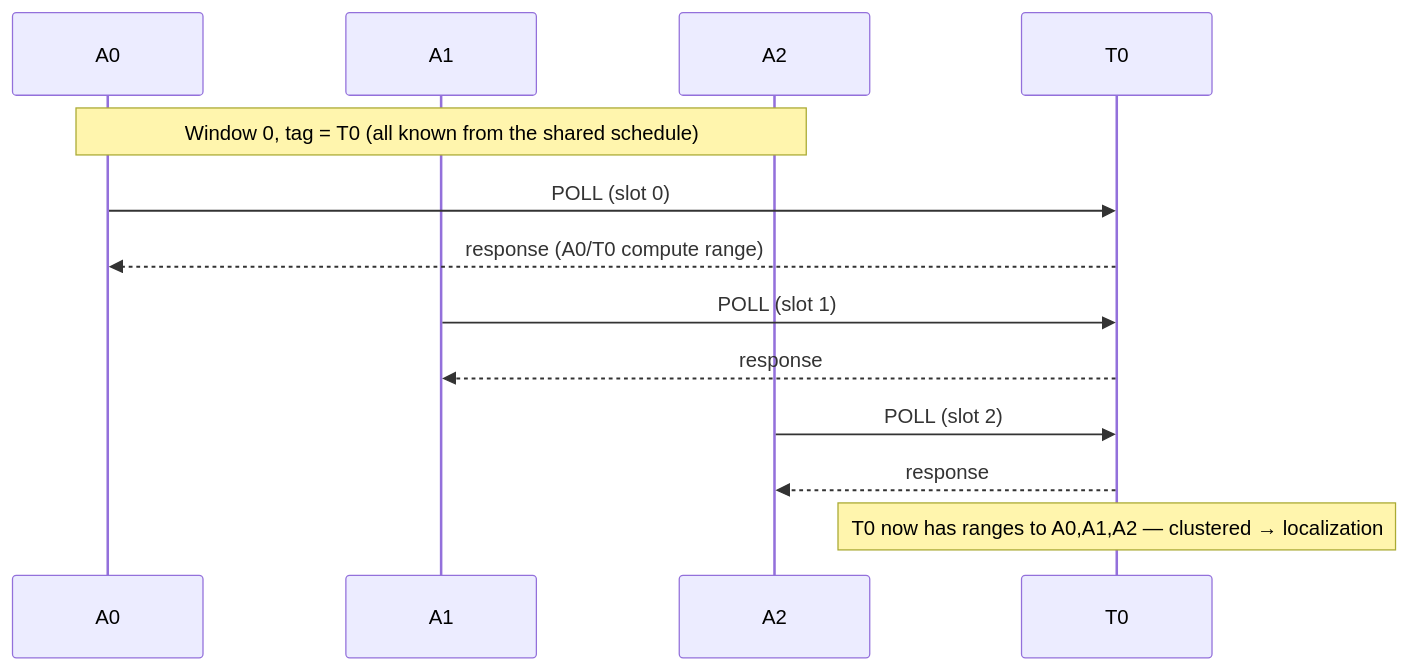
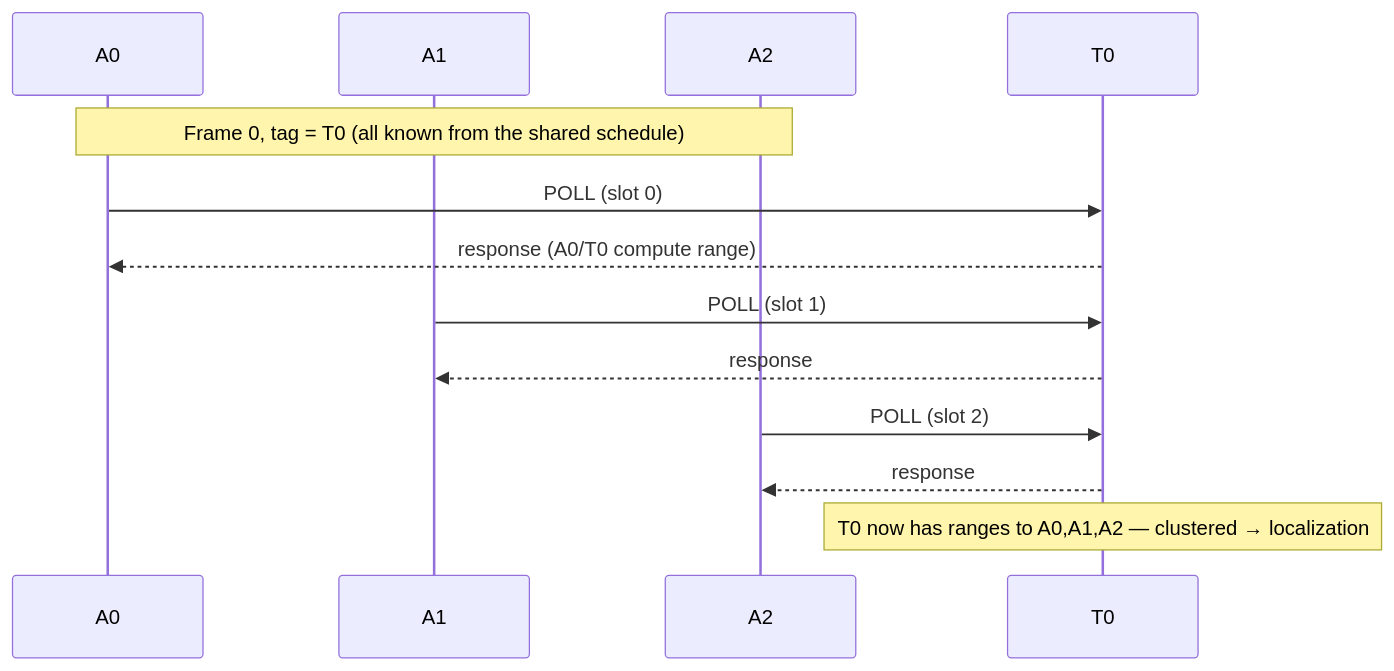
One commit to cpark90/agrtls changed the third of 3 diagrams in device_harvest/ranging/docs/SYSTEM_OVERVIEW.md. Above: the diagram before and after it, drawn with Mermaid. The commit also changed other lines of this file and 9 other files, not shown here.

````diff
--- a/device_harvest/ranging/docs/SYSTEM_OVERVIEW.md
+++ b/device_harvest/ranging/docs/SYSTEM_OVERVIEW.md
@@ -129,15 +129,15 @@
 ```mermaid
 sequenceDiagram
   participant A0
   participant A1
   participant A2
   participant T0
-  Note over A0,A2: Window 0, tag = T0 (all known from the shared schedule)
+  Note over A0,A2: Frame 0, tag = T0 (all known from the shared schedule)
   A0->>T0: POLL (slot 0)
   T0-->>A0: response  (A0/T0 compute range)
   A1->>T0: POLL (slot 1)
   T0-->>A1: response
   A2->>T0: POLL (slot 2)
   T0-->>A2: response
   Note over T0: T0 now has ranges to A0,A1,A2 — clustered → localization
 ```
````
